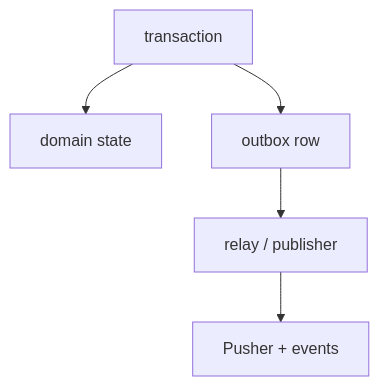
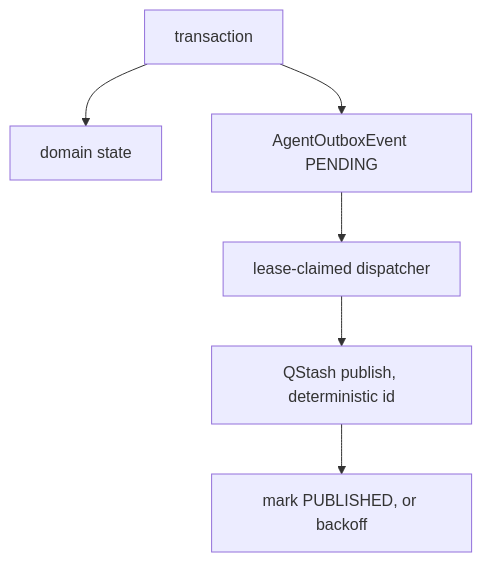
Before and after one commit to Mayur11code/Forge: the fifth of 6 diagrams in forge/docs/architecture/agent/roadmap.md, drawn with Mermaid. The commit also changed other lines of this file and 1 other file, not shown here.

First line of the commit message:
docs(agent): document the outbox, approval expiry and recovery gaps

````diff
--- a/forge/docs/architecture/agent/roadmap.md
+++ b/forge/docs/architecture/agent/roadmap.md
@@ -355,7 +368,8 @@
 ```mermaid
 flowchart TD
     T[transaction] --> D[domain state]
-    T --> O[outbox row]
-    O --> P[relay / publisher]
-    P --> X[Pusher + events]
+    T --> O[AgentOutboxEvent PENDING]
+    O --> L[lease-claimed dispatcher]
+    L --> P[QStash publish, deterministic id]
+    P --> S[mark PUBLISHED, or backoff]
 ```
````
